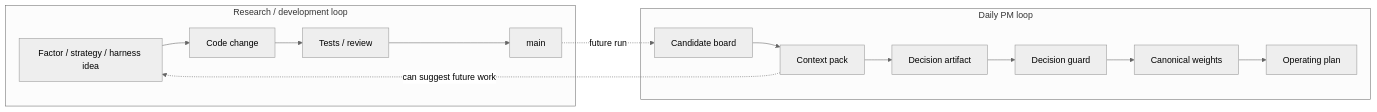
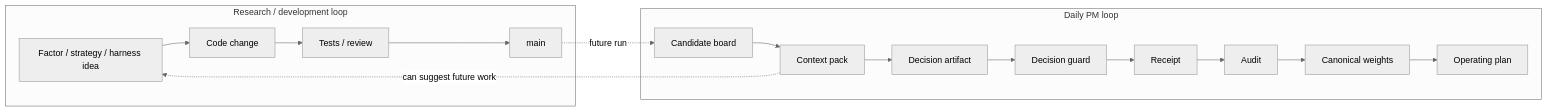
One commit to Svyable/Svyable_Strategies changed the third of 3 diagrams in README.md. Above: the diagram before and after it, drawn with Mermaid (neutral theme). The commit also changed other lines of this file, not shown here.

Commit message:
docs(gui): document review cockpit buttons and charts

````diff
--- a/README.md
+++ b/README.md
@@ -138,13 +153,13 @@
 ```mermaid
 flowchart LR
     subgraph DEV["Research / development loop"]
         IDEA["Factor / strategy / harness idea"] --> CHANGE["Code change"] --> TEST["Tests / review"] --> MAIN["main"]
     end
 
     subgraph DAILY["Daily PM loop"]
-        BOARD["Candidate board"] --> PACK["Context pack"] --> CHOICE["Decision artifact"] --> GUARD["Decision guard"] --> CANON["Canonical weights"] --> PLAN["Operating plan"]
+        BOARD["Candidate board"] --> PACK["Context pack"] --> CHOICE["Decision artifact"] --> GUARD["Decision guard"] --> RECEIPT["Receipt"] --> AUDIT["Audit"] --> CANON["Canonical weights"] --> PLAN["Operating plan"]
     end
 
     MAIN -. "future run" .-> BOARD
     PACK -. "can suggest future work" .-> IDEA
 ```
````
